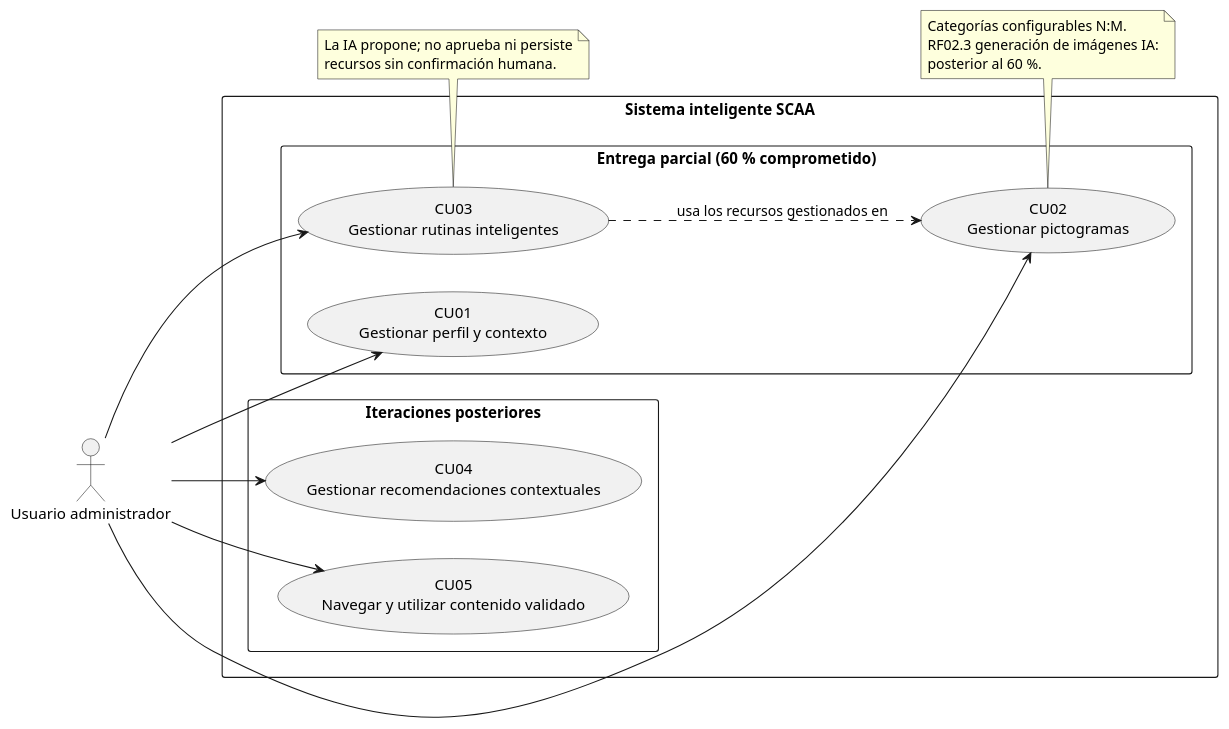
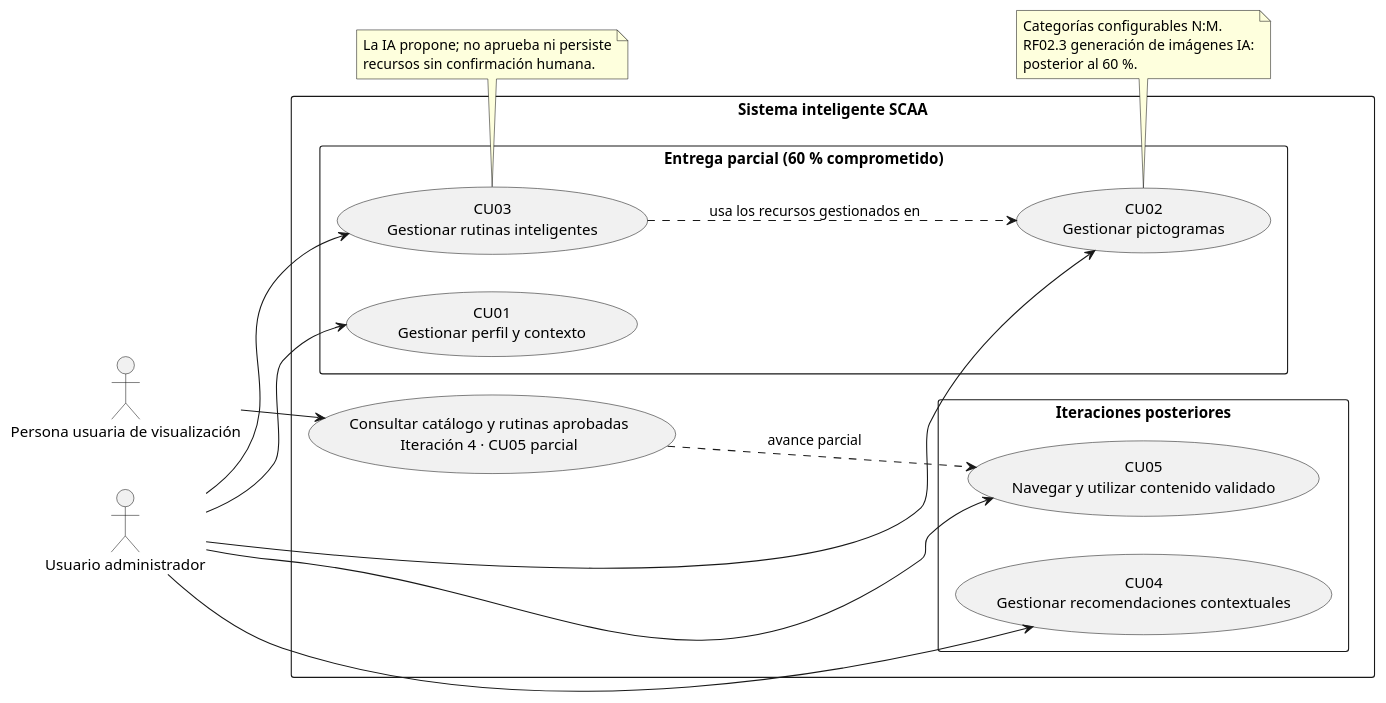
One commit to dianaquinterosg/scaa-inteligente changed the diagram in docs/diagrams/use-cases.puml. Above: the diagram before and after it, drawn with PlantUML. The commit also changed 15 other files, not shown here.

```diff
--- a/docs/diagrams/use-cases.puml
+++ b/docs/diagrams/use-cases.puml
@@ -1,32 +1,36 @@
 @startuml
 left to right direction
 skinparam packageStyle rectangle
 skinparam shadowing false
 actor "Usuario administrador" as Admin
+actor "Persona usuaria de visualización" as Visual
 rectangle "Sistema inteligente SCAA" {
   package "Entrega parcial (60 % comprometido)" {
     usecase "CU01\nGestionar perfil y contexto" as CU01
     usecase "CU02\nGestionar pictogramas" as CU02
     usecase "CU03\nGestionar rutinas inteligentes" as CU03
   }
+  usecase "Consultar catálogo y rutinas aprobadas\nIteración 4 · CU05 parcial" as View
   package "Iteraciones posteriores" {
     usecase "CU04\nGestionar recomendaciones contextuales" as CU04
     usecase "CU05\nNavegar y utilizar contenido validado" as CU05
   }
 }
 Admin --> CU01
 Admin --> CU02
 Admin --> CU03
 Admin --> CU04
 Admin --> CU05
+Visual --> View
+View ..> CU05 : avance parcial
 CU03 ..> CU02 : usa los recursos gestionados en
 note bottom of CU03
 La IA propone; no aprueba ni persiste
 recursos sin confirmación humana.
 end note
 note bottom of CU02
 Categorías configurables N:M.
 RF02.3 generación de imágenes IA:
 posterior al 60 %.
 end note
 @enduml
```
